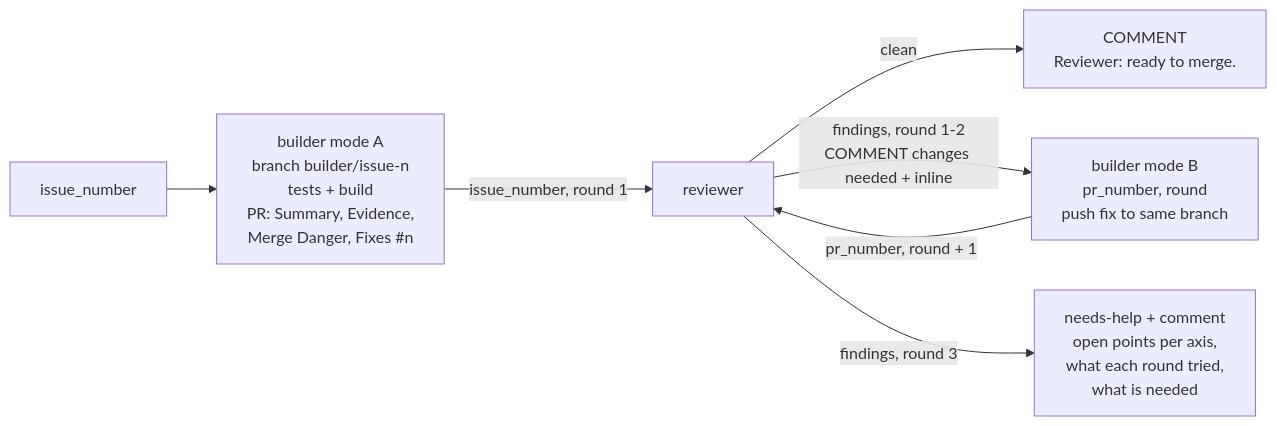
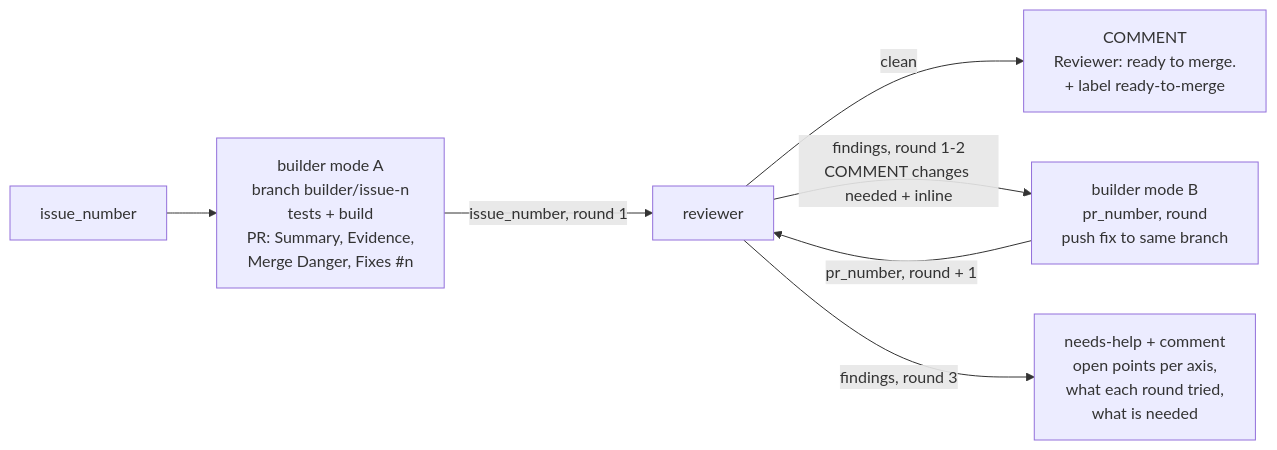
One commit to svennijhuis/agentic-workflows changed the third of 5 diagrams in workflows/README.md. Above: the diagram before and after it, drawn with Mermaid. The commit also changed other lines of this file and 2 other files, not shown here.

First line of the commit message:
Reviewer sets ready-to-merge label on a clean review (#44)

````diff
--- a/workflows/README.md
+++ b/workflows/README.md
@@ -128,9 +128,9 @@
 ```mermaid
 flowchart LR
   I[issue_number] --> BA[builder mode A<br/>branch builder/issue-n<br/>tests + build<br/>PR: Summary, Evidence,<br/>Merge Danger, Fixes #n]
   BA -->|issue_number, round 1| R[reviewer]
-  R -->|clean| C[COMMENT<br/>Reviewer: ready to merge.]
+  R -->|clean| C[COMMENT<br/>Reviewer: ready to merge.<br/>+ label ready-to-merge]
   R -->|findings, round 1-2<br/>COMMENT changes needed + inline| BB[builder mode B<br/>pr_number, round<br/>push fix to same branch]
   BB -->|pr_number, round + 1| R
   R -->|findings, round 3| NH[needs-help + comment<br/>open points per axis,<br/>what each round tried,<br/>what is needed]
 ```
````
